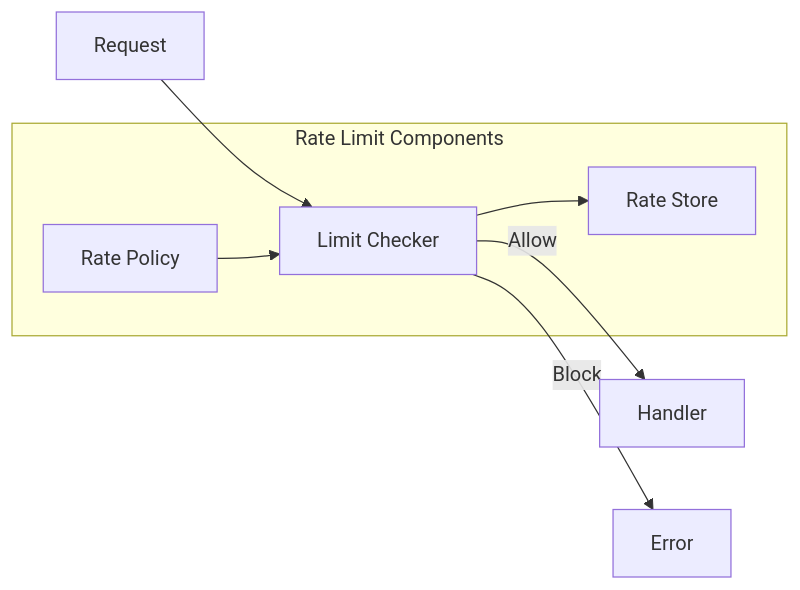
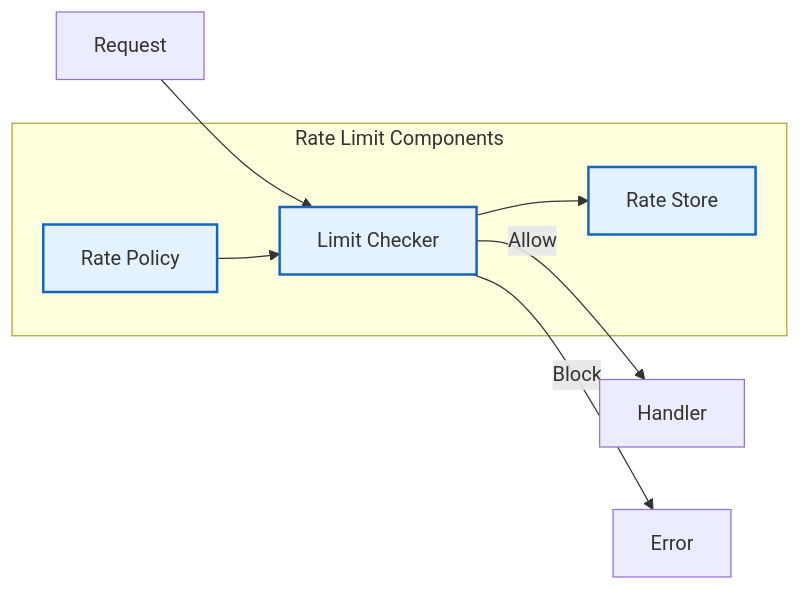
Before and after one commit to nessaee/chess-database: the sixth of 9 diagrams in docs/api-reference.md, drawn with Mermaid. The commit also changed other lines of this file and 3 other files, not shown here.

````diff
--- a/docs/api-reference.md
+++ b/docs/api-reference.md
@@ -221,15 +281,19 @@
-```mermaid
+<div class="mermaid">
 graph LR
     subgraph "Rate Limit Components"
         CHECK["Limit Checker"]
         STORE["Rate Store"]
         POLICY["Rate Policy"]
     end
     
     Request --> CHECK
     CHECK --> STORE
     POLICY --> CHECK
     
     CHECK -->|Allow| Handler
     CHECK -->|Block| Error
-```
+    
+    classDef component fill:#e3f2fd,stroke:#1565c0,stroke-width:2px;
+    
+    class CHECK,STORE,POLICY component;
+</div>
````
